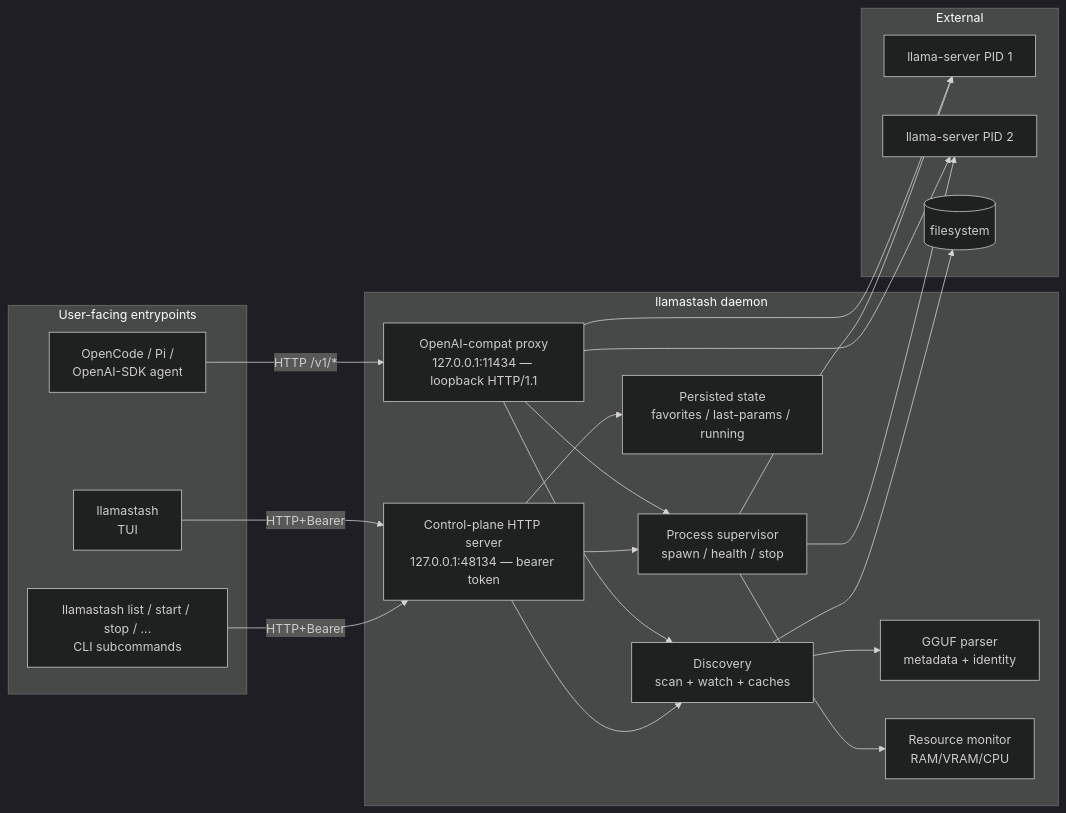
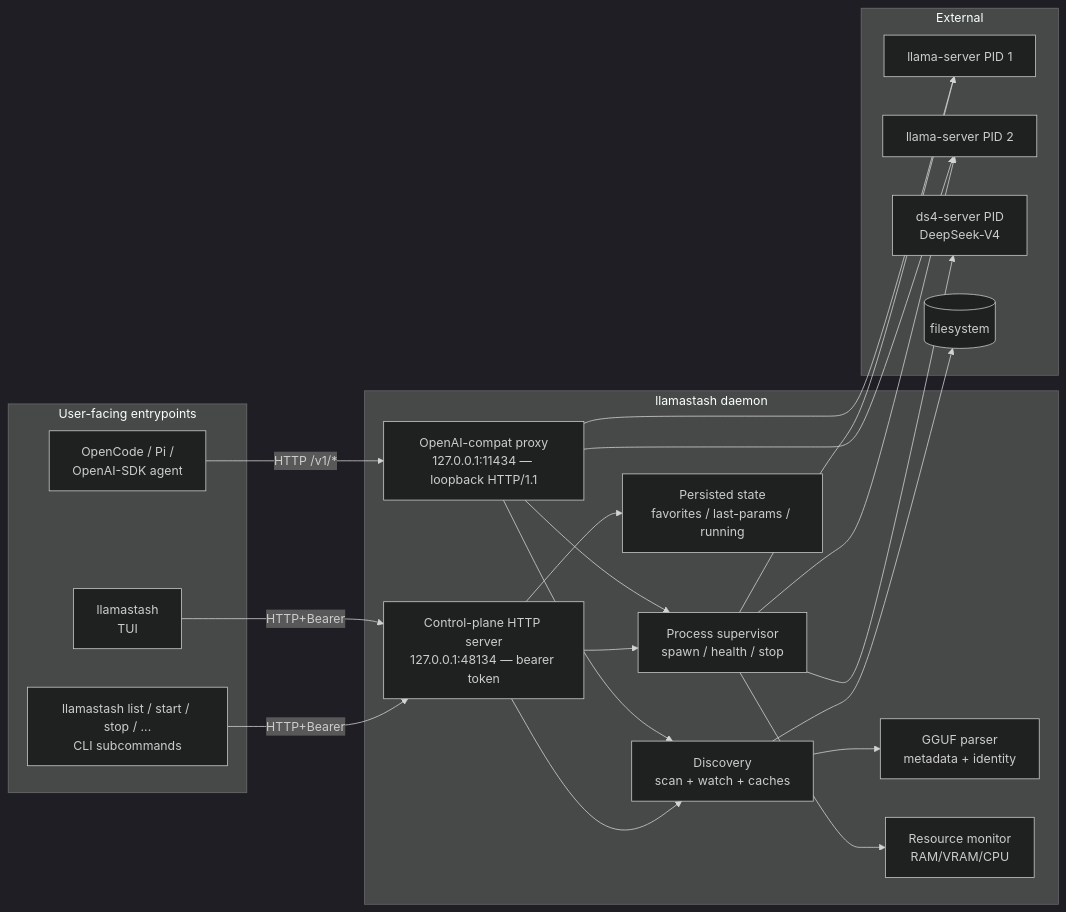
The first of 2 diagrams in docs/architecture.md (sirivong/llamastash), drawn with Mermaid (dark theme) before and after one commit. The commit also changed other lines of this file and 9 other files, not shown here.

````diff
--- a/docs/architecture.md
+++ b/docs/architecture.md
@@ -34,40 +34,42 @@
 ```mermaid
 flowchart LR
     subgraph user[User-facing entrypoints]
         TUI[llamastash<br/>TUI]
         CLI[llamastash list / start / stop / ...<br/>CLI subcommands]
         AGENT[OpenCode / Pi /<br/>OpenAI-SDK agent]
     end
 
     subgraph daemon[llamastash daemon]
         IPC[Control-plane HTTP server<br/>127.0.0.1:48134 — bearer token]
         PROXY[OpenAI-compat proxy<br/>127.0.0.1:11434 — loopback HTTP/1.1]
         SCAN[Discovery<br/>scan + watch + caches]
         GGUF[GGUF parser<br/>metadata + identity]
         SUP[Process supervisor<br/>spawn / health / stop]
         RES[Resource monitor<br/>RAM/VRAM/CPU]
         STATE[Persisted state<br/>favorites / last-params / running]
     end
 
     subgraph external[External]
         LS1[llama-server PID 1]
         LS2[llama-server PID 2]
+        DS4[ds4-server PID<br/>DeepSeek-V4]
         FS[(filesystem)]
     end
 
     TUI -- HTTP+Bearer --> IPC
     CLI -- HTTP+Bearer --> IPC
     AGENT -- HTTP /v1/* --> PROXY
     PROXY --> SUP
     PROXY --> SCAN
     PROXY --> LS1
     PROXY --> LS2
     IPC --> SCAN
     IPC --> SUP
     IPC --> STATE
     SCAN --> GGUF
     SCAN --> FS
     SUP --> LS1
     SUP --> LS2
+    SUP --> DS4
     SUP --> RES
 ```
````
